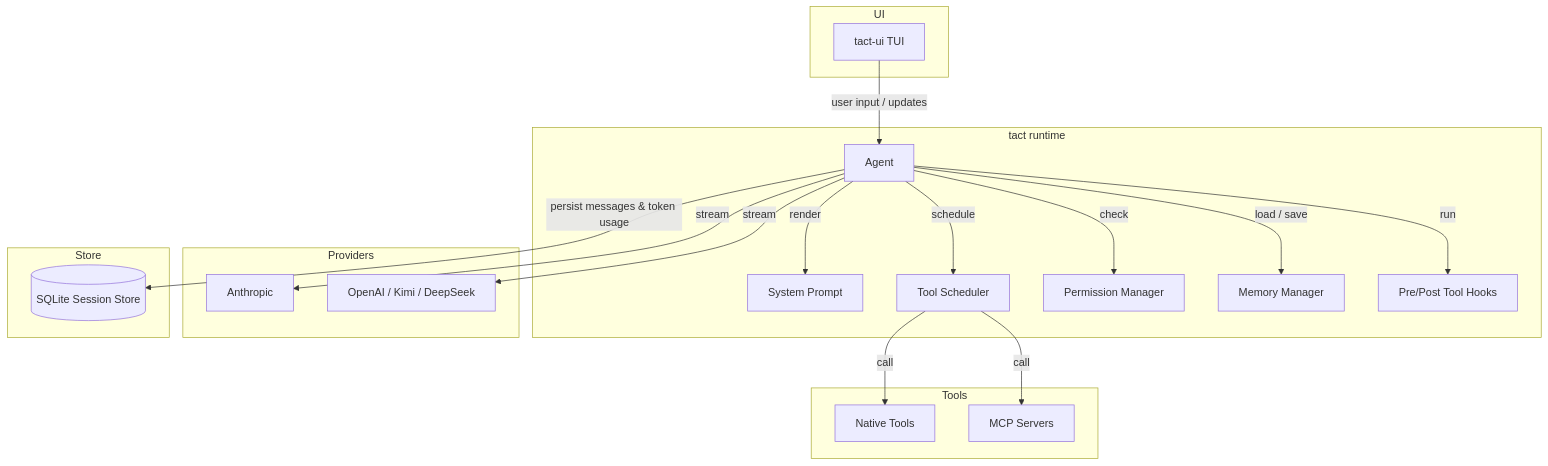
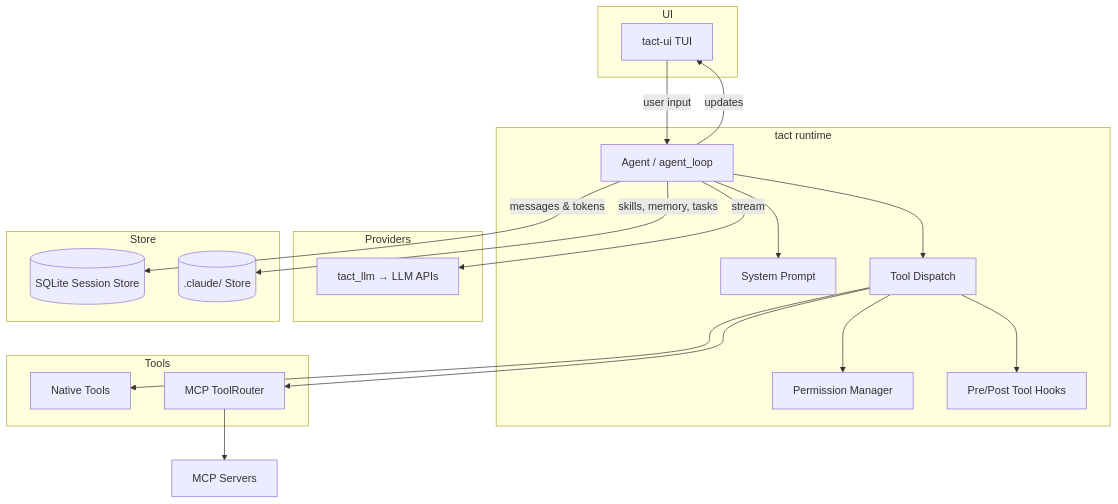
Before and after one commit to rust-infra/tact: the first of 2 diagrams in book/index.md, drawn with Mermaid. The commit also changed other lines of this file and 7 other files, not shown here.

Commit message:
docs(book): add memory, notify, store, tool, and skill chapters

````diff
--- a/book/index.md
+++ b/book/index.md
@@ -9,41 +11,43 @@
 ```mermaid
 graph TB
     subgraph UI
         TUI[tact-ui TUI]
     end
 
     subgraph Runtime["tact runtime"]
-        Agent[Agent]
+        Agent[Agent / agent_loop]
         Prompt[System Prompt]
-        Scheduler[Tool Scheduler]
+        Dispatch[Tool Dispatch]
         Permissions[Permission Manager]
-        Memory[Memory Manager]
         Hooks[Pre/Post Tool Hooks]
     end
 
     subgraph Tools
         Native[Native Tools]
-        MCP[MCP Servers]
+        MCP[MCP ToolRouter]
     end
 
     subgraph Providers
-        Anthropic[Anthropic]
-        OpenAI[OpenAI / Kimi / DeepSeek]
+        LLM[tact_llm → LLM APIs]
     end
 
     subgraph Store
         SQLite[(SQLite Session Store)]
+        Files[(.claude/ Store)]
     end
 
-    TUI -->|user input / updates| Agent
-    Agent -->|render| Prompt
-    Agent -->|stream| Anthropic
-    Agent -->|stream| OpenAI
-    Agent -->|schedule| Scheduler
-    Scheduler -->|call| Native
-    Scheduler -->|call| MCP
-    Agent -->|check| Permissions
-    Agent -->|load / save| Memory
-    Agent -->|persist messages & token usage| SQLite
-    Agent -->|run| Hooks
+    MCPSrv[MCP Servers]
+
+    TUI -->|user input| Agent
+    Agent -->|updates| TUI
+    Agent --> Prompt
+    Agent -->|stream| LLM
+    Agent --> Dispatch
+    Dispatch --> Hooks
+    Dispatch --> Permissions
+    Dispatch --> Native
+    Dispatch --> MCP
+    MCP --> MCPSrv
+    Agent -->|messages & tokens| SQLite
+    Agent -->|skills, memory, tasks| Files
 ```
````
